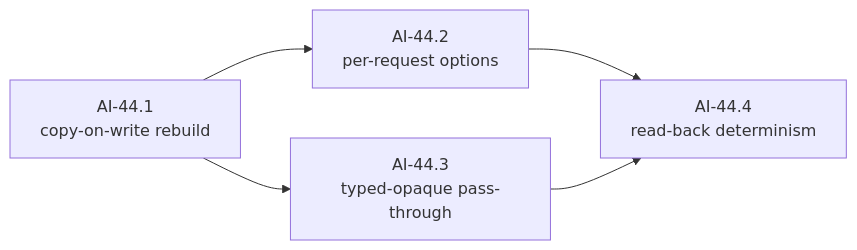
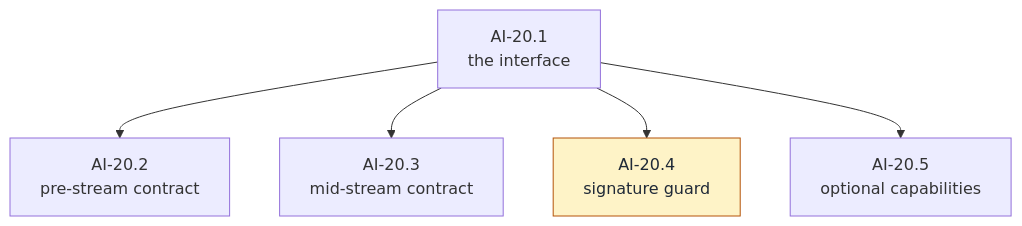
Diagram 13 of 29 in docs/architecture/milestones/0002-cachicamas-ai-layer-1-task-graph.md (witsaba/cachicamas), drawn with Mermaid before and after one commit. The commit also changed other lines of this file, not shown here.

First line of the commit message:
docs: rewrite Layer 1 task graph as a from-zero plan (AI-00 … AI-40)

````diff
--- a/docs/architecture/milestones/0002-cachicamas-ai-layer-1-task-graph.md
+++ b/docs/architecture/milestones/0002-cachicamas-ai-layer-1-task-graph.md
@@ -872,7 +1102,9 @@
 ```mermaid
-flowchart LR
-    K1["AI-44.1<br/>copy-on-write rebuild"] --> K2["AI-44.2<br/>per-request options"]
-    K1 --> K3["AI-44.3<br/>typed-opaque pass-through"]
-    K2 --> K4["AI-44.4<br/>read-back determinism"]
-    K3 --> K4
+flowchart TB
+    P1["AI-20.1<br/>the interface"] --> P2["AI-20.2<br/>pre-stream contract"]
+    P1 --> P3["AI-20.3<br/>mid-stream contract"]
+    P1 --> P4["AI-20.4<br/>signature guard"]
+    P1 --> P5["AI-20.5<br/>optional capabilities"]
+    classDef g fill:#fef3c7,stroke:#b45309,color:#1f2937
+    class P4 g
 ```
````
